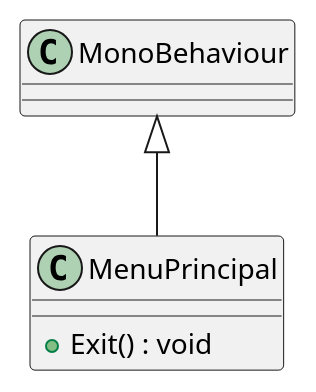
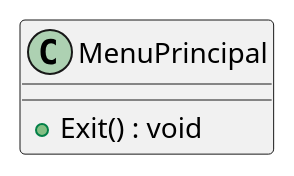
One commit to Eliaz-LR/3D-Minesweeper changed the diagram in uml/Menu/MenuPrincipal.puml. Above: the diagram before and after it, drawn with PlantUML. The commit also changed 31 other files, not shown here.

Commit message:
few changes + UML shit

```diff
--- a/uml/Menu/MenuPrincipal.puml
+++ b/uml/Menu/MenuPrincipal.puml
@@ -1,6 +1,6 @@
 @startuml
 class MenuPrincipal {
     + Exit() : void
 }
-MonoBehaviour <|-- MenuPrincipal
+
 @enduml
```
